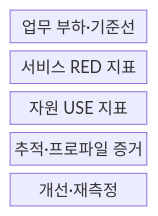
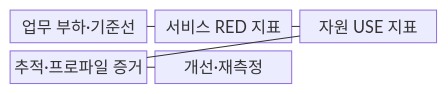
One commit to agnusdei1207/knowledge-base changed the first of 2 diagrams in src/content/docs/notes/06-evaluation/002_bottleneck_analysis.md. Above: the diagram before and after it, drawn with Mermaid. The commit also changed other lines of this file and 53 other files, not shown here.

````diff
--- a/src/content/docs/notes/06-evaluation/002_bottleneck_analysis.md
+++ b/src/content/docs/notes/06-evaluation/002_bottleneck_analysis.md
@@ -53,9 +53,13 @@
 ```mermaid
 block-beta
-  columns 1
+  columns 3
   W["업무 부하·기준선"]
   S["서비스 RED 지표"]
   R["자원 USE 지표"]
   T["추적·프로파일 증거"]
   V["개선·재측정"]
+  W --- S
+  S --- R
+  R --- T
+  T --- V
 ```
````
